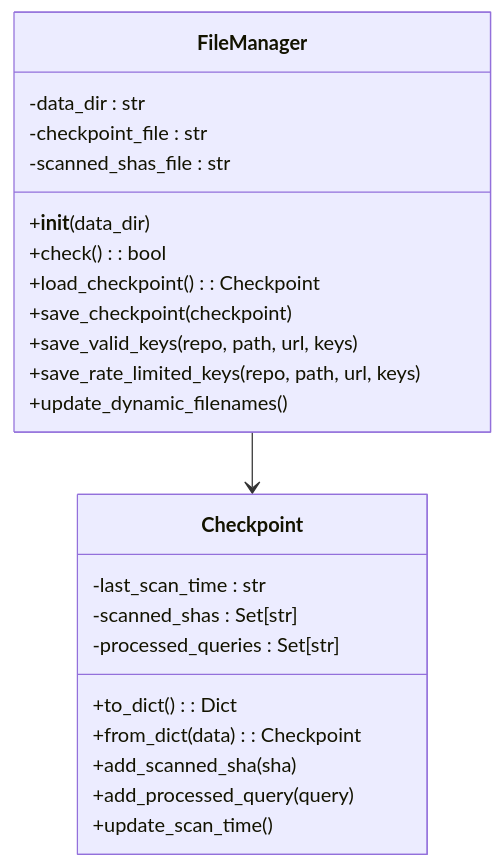
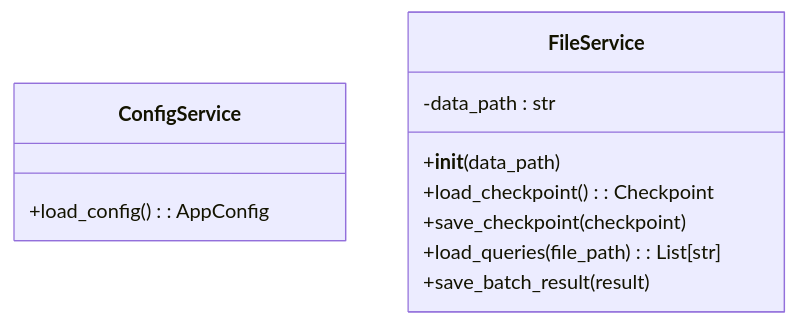
Before and after one commit to james-6-23/APIKEY-king: the fifth of 8 diagrams in .qoder/repowiki/zh/content/核心功能详解/核心功能详解.md, drawn with Mermaid. The commit also changed other lines of this file and 49 other files, not shown here.

````diff
--- a/.qoder/repowiki/zh/content/核心功能详解/核心功能详解.md
+++ b/.qoder/repowiki/zh/content/核心功能详解/核心功能详解.md
@@ -125,26 +157,14 @@
 ```mermaid
 classDiagram
-class Checkpoint {
--last_scan_time : str
--scanned_shas : Set[str]
--processed_queries : Set[str]
-+to_dict() : Dict
-+from_dict(data) : Checkpoint
-+add_scanned_sha(sha)
-+add_processed_query(query)
-+update_scan_time()
+class ConfigService {
++load_config() : AppConfig
 }
-class FileManager {
--data_dir : str
--checkpoint_file : str
--scanned_shas_file : str
-+__init__(data_dir)
-+check() : bool
+class FileService {
+-data_path : str
++__init__(data_path)
 +load_checkpoint() : Checkpoint
 +save_checkpoint(checkpoint)
-+save_valid_keys(repo, path, url, keys)
-+save_rate_limited_keys(repo, path, url, keys)
-+update_dynamic_filenames()
++load_queries(file_path) : List[str]
++save_batch_result(result)
 }
-FileManager --> Checkpoint
 ```
````
